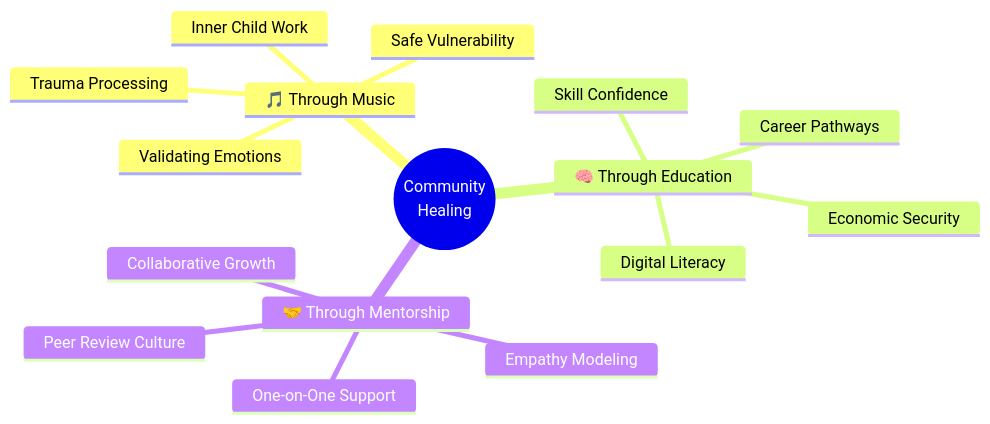
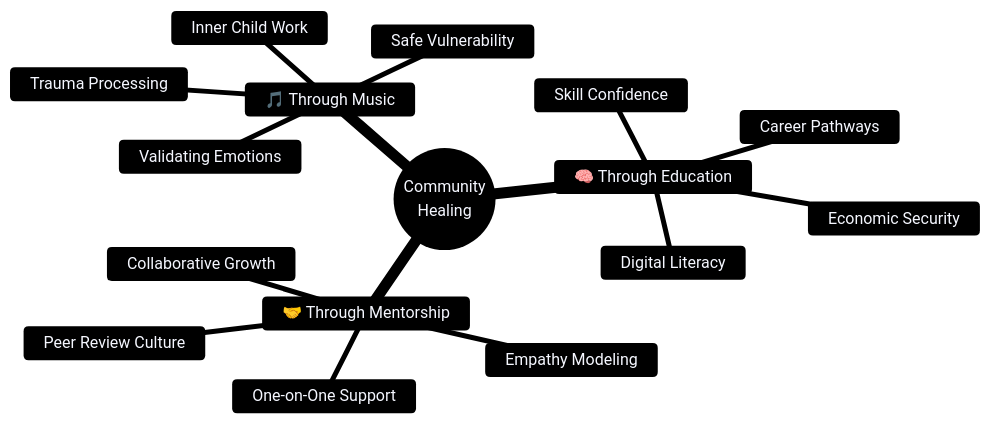
The ninth of 11 diagrams in README.md (Tim-Spurlin/Christian-Kota-Contributions-Snapshot), drawn with Mermaid before and after one commit. The commit also changed other lines of this file, not shown here.

Commit message:
Improve Mermaid diagram contrast across README

````diff
--- a/README.md
+++ b/README.md
@@ -372,19 +379,20 @@
 ```mermaid
+%%{init: {'theme':'base', 'themeVariables': { 'background':'#0f1220', 'primaryColor':'#2b2f55', 'primaryTextColor':'#f5f7ff', 'primaryBorderColor':'#7a86ff', 'lineColor':'#9aa4ff', 'secondaryColor':'#243b53', 'tertiaryColor':'#3f2a56', 'clusterBkg':'#1a1f38', 'clusterBorder':'#7a86ff', 'fontSize':'16px'}}}%%
 mindmap
   root((Community<br/>Healing))
     🎵 Through Music
       Validating Emotions
       Inner Child Work
       Trauma Processing
       Safe Vulnerability
     🧠 Through Education
       Economic Security
       Skill Confidence
       Career Pathways
       Digital Literacy
     🤝 Through Mentorship
       One-on-One Support
       Peer Review Culture
       Collaborative Growth
       Empathy Modeling
 ```
````
